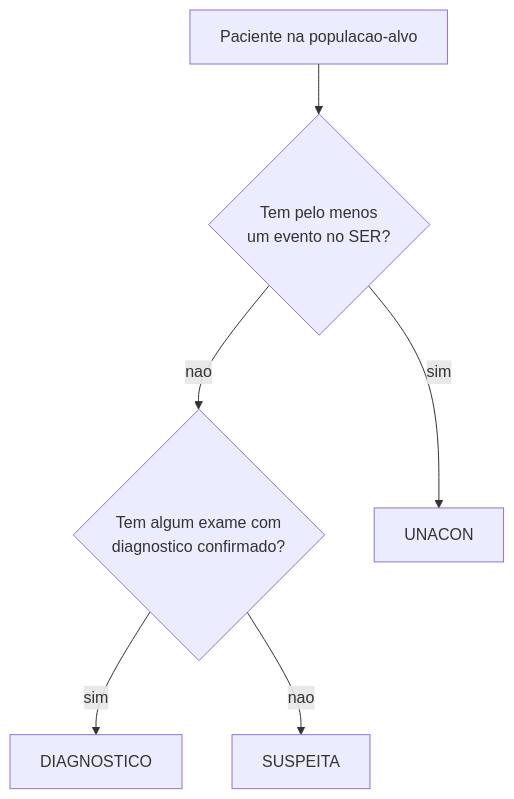
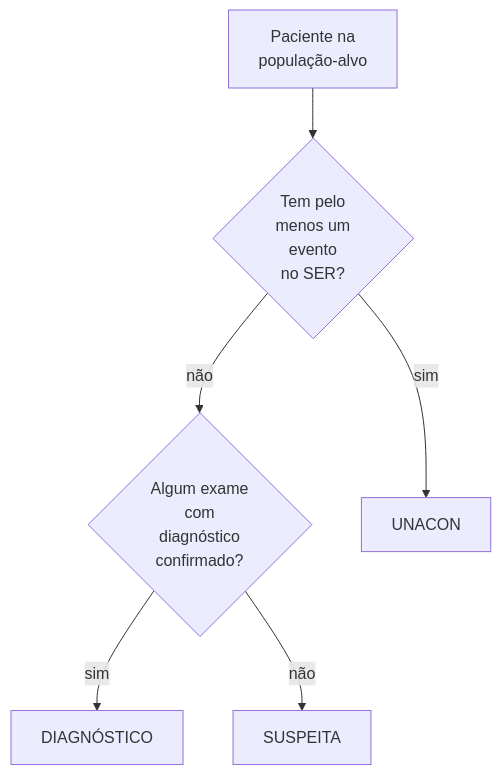
One commit to prefeitura-rio/queries-rj-sms changed the second of 3 diagrams in models/marts/subgeral/monitora_cancer/SOBRE.md. Above: the diagram before and after it, drawn with Mermaid. The commit also changed other lines of this file, not shown here.

````diff
--- a/models/marts/subgeral/monitora_cancer/SOBRE.md
+++ b/models/marts/subgeral/monitora_cancer/SOBRE.md
@@ -71,14 +71,14 @@
 ```mermaid
 flowchart TD
-    A[Paciente na populacao-alvo]
-    Q1{Tem pelo menos<br/>um evento no SER?}
-    Q2{Tem algum exame com<br/>diagnostico confirmado?}
+    A[Paciente na<br/>população-alvo]
+    Q1{Tem pelo<br/>menos um<br/>evento<br/>no SER?}
+    Q2{Algum exame<br/>com<br/>diagnóstico<br/>confirmado?}
     R1[UNACON]
-    R2[DIAGNOSTICO]
+    R2[DIAGNÓSTICO]
     R3[SUSPEITA]
     A --> Q1
     Q1 -- sim --> R1
-    Q1 -- nao --> Q2
+    Q1 -- não --> Q2
     Q2 -- sim --> R2
-    Q2 -- nao --> R3
+    Q2 -- não --> R3
 ```
````
